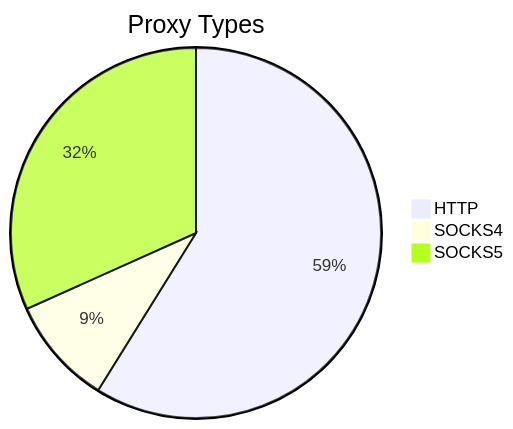
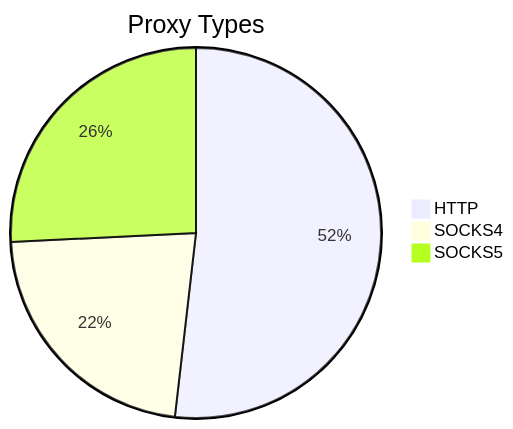
Before and after one commit to stormsia/proxy-list: the first of 2 diagrams in README.md, drawn with Mermaid. The commit also changed other lines of this file, not shown here.

````diff
--- a/README.md
+++ b/README.md
@@ -21,6 +21,6 @@
 ```mermaid
 pie title Proxy Types
-    "HTTP" : 206
-    "SOCKS4" : 33
-    "SOCKS5" : 111
+    "HTTP" : 370
+    "SOCKS4" : 160
+    "SOCKS5" : 184
 ```
````
